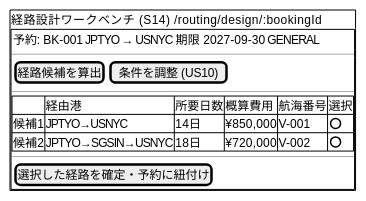
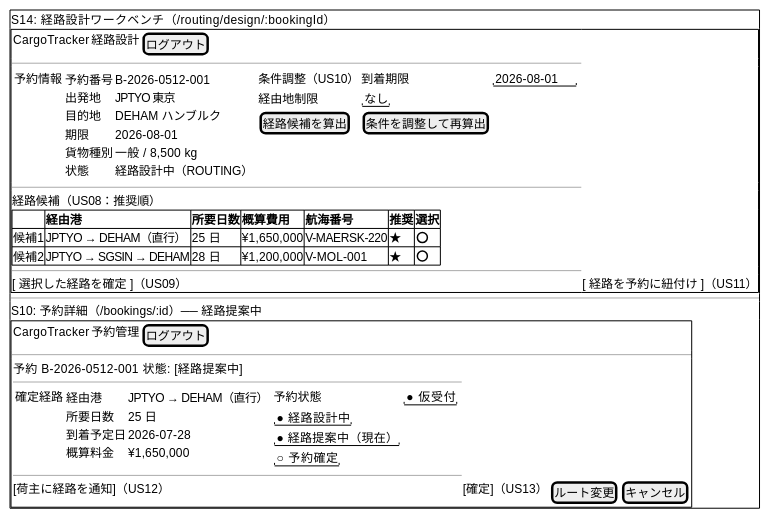
One commit to k2works/case-study-cargo-tracker changed the sixth of 8 diagrams in docs/development/iteration_plan-4.md. Above: the diagram before and after it, drawn with PlantUML. The commit also changed other lines of this file, not shown here.

````diff
--- a/docs/development/iteration_plan-4.md
+++ b/docs/development/iteration_plan-4.md
@@ -330,26 +479,71 @@
 ```plantuml
 @startsalt
 {+
-  経路設計ワークベンチ (S14)  /routing/design/:bookingId
+  S14: 経路設計ワークベンチ（/routing/design/:bookingId）
   {+
+    { CargoTracker | 経路設計 | [ログアウト] }
+    ----
     {
-      予約: BK-001 | JPTYO → USNYC | 期限 2027-09-30 | GENERAL
+      {
+        予約情報 |
+        {
+          予約番号 | B-2026-0512-001
+          出発地 | JPTYO 東京
+          目的地 | DEHAM ハンブルク
+          期限 | 2026-08-01
+          貨物種別 | 一般 / 8,500 kg
+          状態 | 経路設計中（ROUTING）
+        }
+      } |
+      {
+        条件調整（US10） |
+        到着期限 | "2026-08-01"
+        経由地制限 | "なし"
+        [ 経路候補を算出 ] | [ 条件を調整して再算出 ]
+      }
     }
-    --
+    ----
+    経路候補（US08：推奨順）
+    {#
+      . | **経由港** | **所要日数** | **概算費用** | **航海番号** | **推奨** | **選択**
+      候補1 | JPTYO → DEHAM（直行） | 25 日 | ¥1,650,000 | V-MAERSK-220 | ★ | ( )
+      候補2 | JPTYO → SGSIN → DEHAM | 28 日 | ¥1,200,000 | V-MOL-001 | ★ | ( )
+    }
+    ----
+    [ 選択した経路を確定 ]（US09） | [ 経路を予約に紐付け ]（US11）
+    ' 期限内候補なし → 「条件を緩和してください」警告（US08）
+  }
+-----------
+  S10: 予約詳細（/bookings/:id）── 経路提案中
+  {+
+    { CargoTracker | 予約管理 | [ログアウト] }
+    ----
     {
-      [ 経路候補を算出 ] | [ 条件を調整 (US10) ]
-    }
-    --
-    {#
-      . | 経由港 | 所要日数 | 概算費用 | 航海番号 | 選択
-      候補1 | JPTYO→USNYC | 14日 | ¥850,000 | V-001 | ( )
-      候補2 | JPTYO→SGSIN→USNYC | 18日 | ¥720,000 | V-002 | ( )
-    }
-    --
-    {
-      [ 選択した経路を確定・予約に紐付け ]
+      予約 B-2026-0512-001   状態: [経路提案中]
+      ----
+      {
+        {
+          確定経路 |
+          {
+            経由港 | JPTYO → DEHAM（直行）
+            所要日数 | 25 日
+            到着予定日 | 2026-07-28
+            概算料金 | ¥1,650,000
+          }
+        } |
+        {
+          予約状態 |
+          "● 仮受付"
+          "● 経路設計中"
+          "● 経路提案中（現在）"
+          "○ 予約確定"
+        }
+      }
+      ----
+      [荷主に経路を通知]（US12） | [確定]（US13） | [ルート変更] | [キャンセル]
+      ' 「荷主に経路を通知」: ROUTE_PROPOSED 時のみ活性（US12）
     }
   }
 }
 @endsalt
 ```
````
